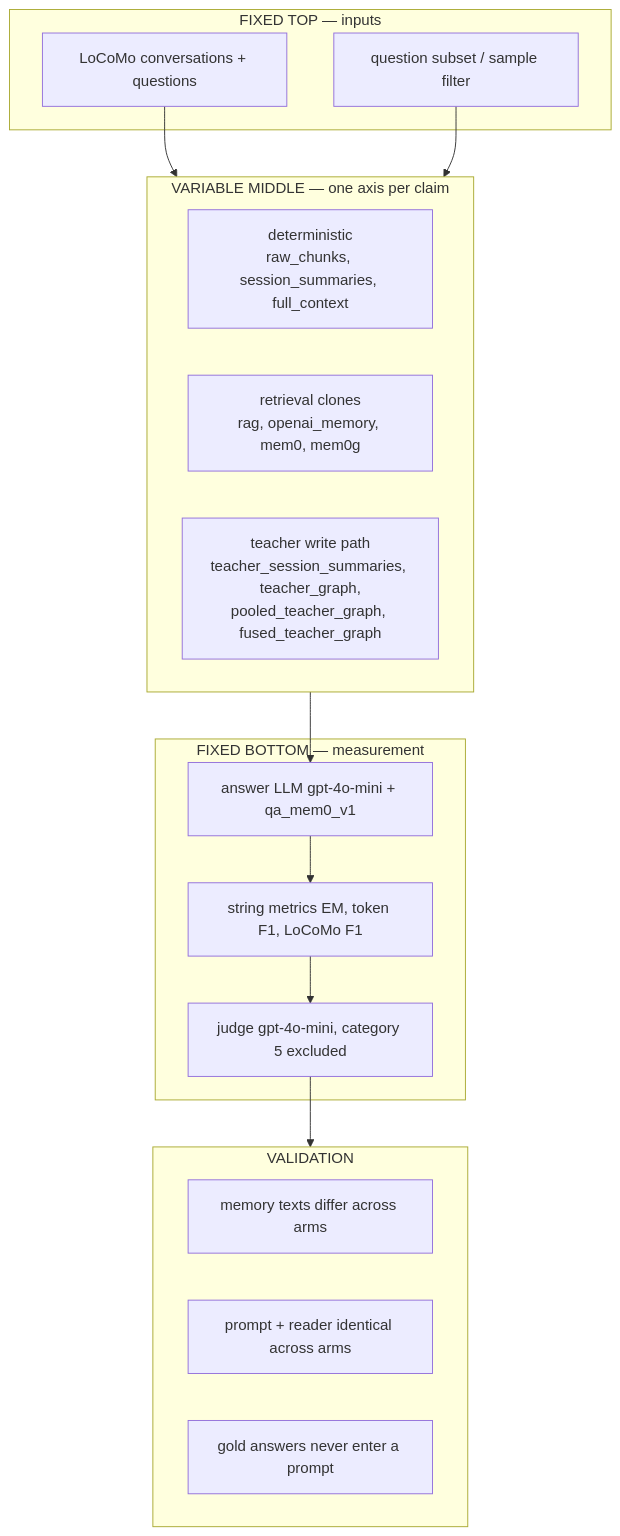
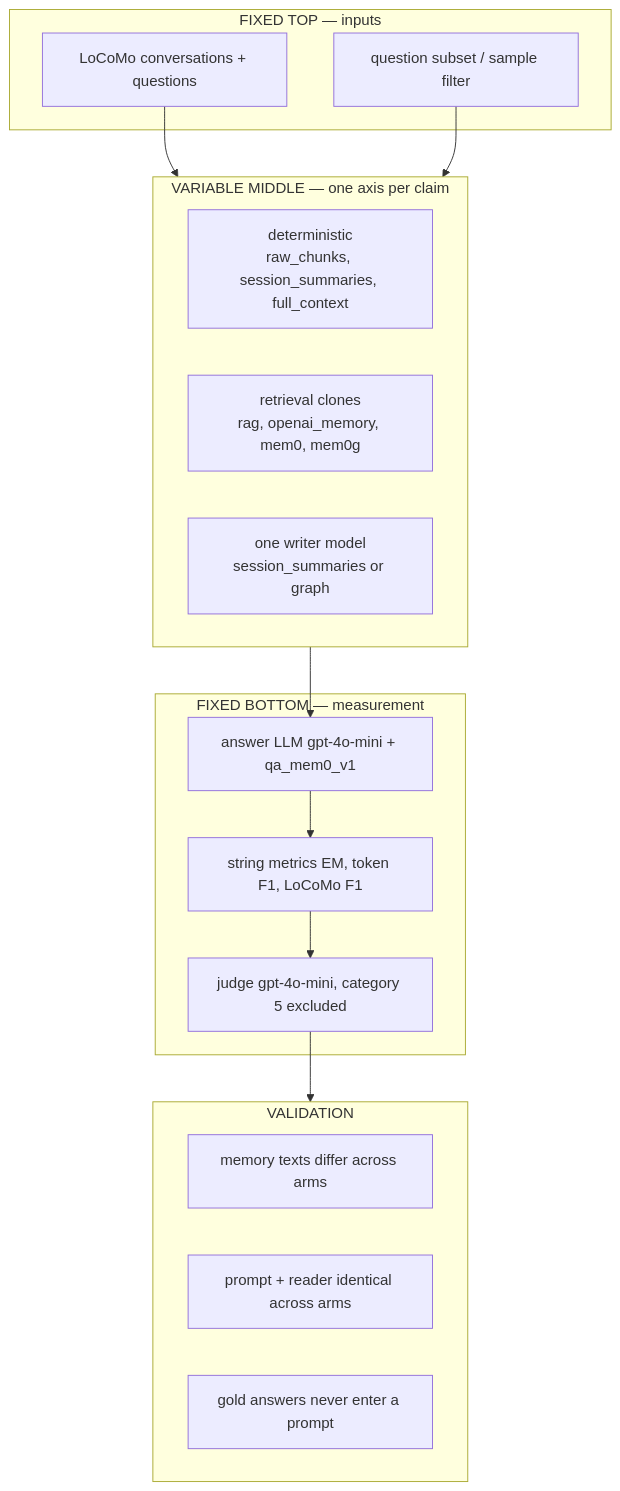
One commit to park-jsdev/long-term-memory-eval changed the fourth of 12 diagrams in README.md. Above: the diagram before and after it, drawn with Mermaid. The commit also changed other lines of this file and 213 other files, not shown here.

````diff
--- a/README.md
+++ b/README.md
@@ -208,31 +216,31 @@
 ```mermaid
 flowchart TB
   subgraph TOP["FIXED TOP — inputs"]
     T1["LoCoMo conversations + questions"]
     T2["question subset / sample filter"]
   end
 
   subgraph MID["VARIABLE MIDDLE — one axis per claim"]
     direction LR
     M1["deterministic<br/>raw_chunks, session_summaries, full_context"]
     M2["retrieval clones<br/>rag, openai_memory, mem0, mem0g"]
-    M3["teacher write path<br/>teacher_session_summaries, teacher_graph,<br/>pooled_teacher_graph, fused_teacher_graph"]
+    M3["one writer model<br/>session_summaries or graph"]
   end
 
   subgraph BOT["FIXED BOTTOM — measurement"]
     B1["answer LLM gpt-4o-mini + qa_mem0_v1"]
     B2["string metrics EM, token F1, LoCoMo F1"]
     B3["judge gpt-4o-mini, category 5 excluded"]
   end
 
   subgraph VAL["VALIDATION"]
     V1["memory texts differ across arms"]
     V2["prompt + reader identical across arms"]
     V3["gold answers never enter a prompt"]
   end
 
   T1 --> MID
   T2 --> MID
   MID --> B1 --> B2 --> B3
   B3 --> VAL
 ```
````
